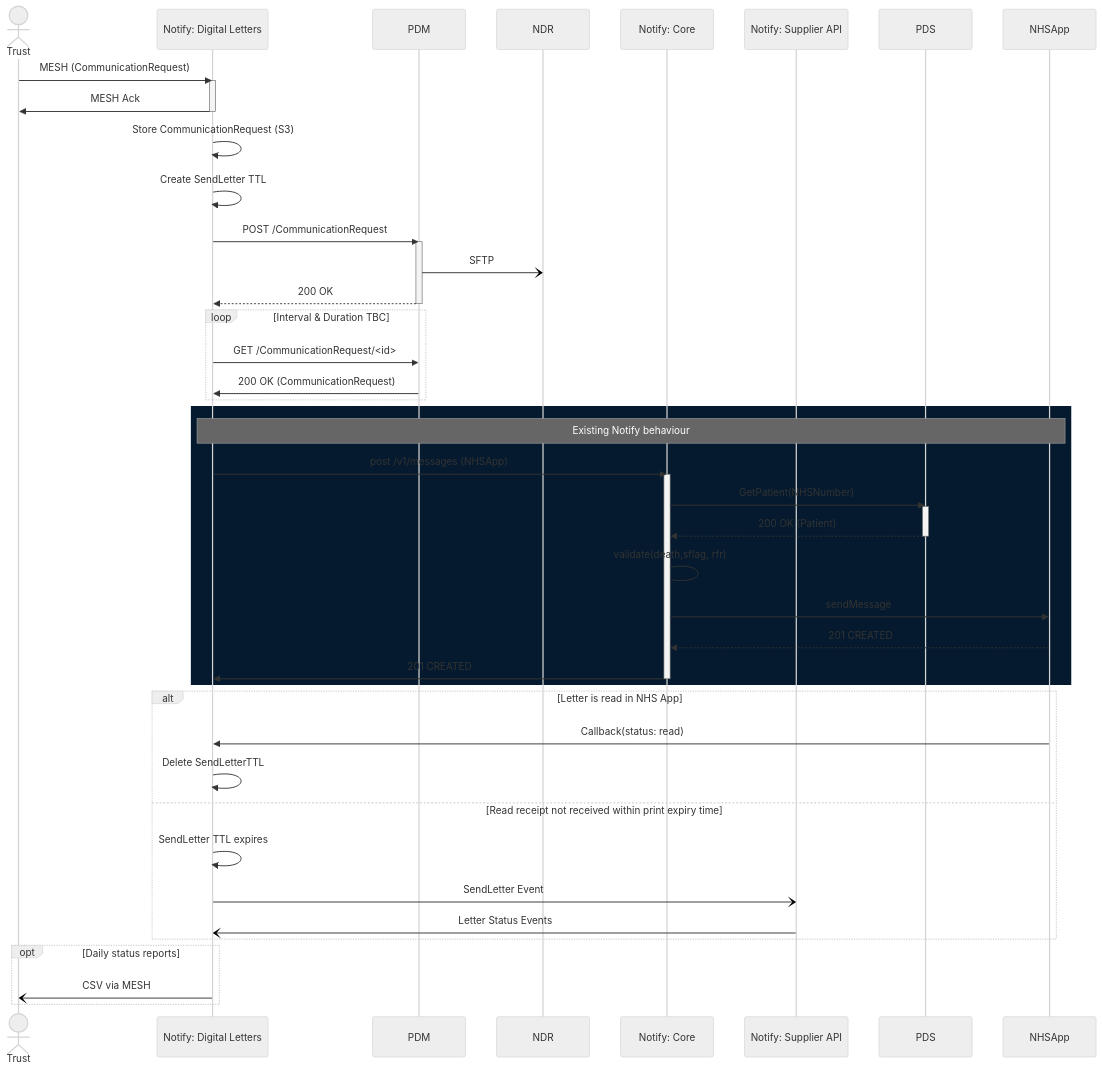
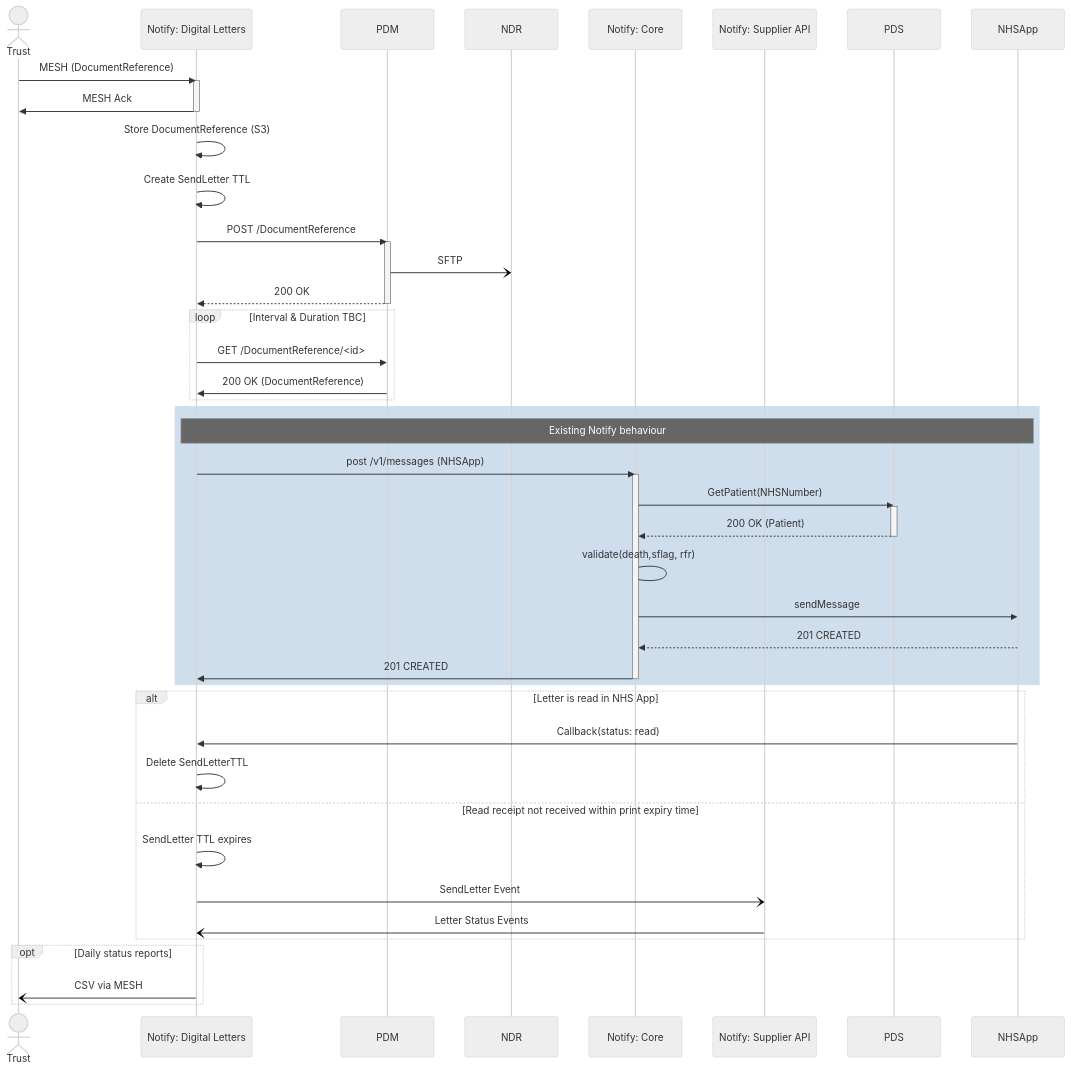
Before and after one commit to RossBugginsNHS/nhs-notify-digital-letters: the diagram in docs/diagrams/digital-letters-sequence.md, drawn with Mermaid (neutral theme). The commit also changed other lines of this file and 7 other files, not shown here.

First line of the commit message:
CCM-12605 pdm diagrams (#43)

````diff
--- a/docs/diagrams/digital-letters-sequence.md
+++ b/docs/diagrams/digital-letters-sequence.md
@@ -26,56 +26,56 @@
 ```mermaid
 
 sequenceDiagram
   actor trust as Trust
   participant notify-letters as Notify: Digital Letters
   participant pdm as PDM
   participant ndr as NDR
   participant notify-core as Notify: Core
   participant notify-supplier as Notify: Supplier API
   participant pds as PDS
   participant nhsapp as NHSApp
 
 
-  trust ->> notify-letters: MESH (CommunicationRequest)
+  trust ->> notify-letters: MESH (DocumentReference)
   activate notify-letters
       notify-letters ->> trust: MESH Ack
   deactivate notify-letters
-  notify-letters ->> notify-letters: Store CommunicationRequest (S3)
+  notify-letters ->> notify-letters: Store DocumentReference (S3)
   notify-letters ->> notify-letters: Create SendLetter TTL
-  notify-letters ->> pdm: POST /CommunicationRequest
+  notify-letters ->> pdm: POST /DocumentReference
   activate pdm
   pdm -) ndr: SFTP
   pdm -->> notify-letters: 200 OK
   deactivate pdm
   Loop Interval & Duration TBC
-    notify-letters ->> pdm: GET /CommunicationRequest/<id>
-    pdm ->> notify-letters: 200 OK (CommunicationRequest)
+    notify-letters ->> pdm: GET /DocumentReference/<id>
+    pdm ->> notify-letters: 200 OK (DocumentReference)
   end
-  rect rgba(5, 26, 46, 1)
+  rect rgba(92, 145, 196, 0.3)
     note over notify-letters,nhsapp: Existing Notify behaviour
     notify-letters ->> notify-core: post /v1/messages (NHSApp)
     activate notify-core
       notify-core ->> pds: GetPatient(NHSNumber)
       activate pds
         pds -->> notify-core: 200 OK (Patient)
       deactivate pds
       notify-core -> notify-core: validate(death,sflag, rfr)
       notify-core ->> nhsapp: sendMessage
       nhsapp -->> notify-core: 201 CREATED
       notify-core ->> notify-letters: 201 CREATED
     deactivate notify-core
   end
 
   alt Letter is read in NHS App
     nhsapp ->> notify-letters: Callback(status: read)
     notify-letters ->> notify-letters: Delete SendLetterTTL
   else Read receipt not received within print expiry time
     notify-letters ->> notify-letters: SendLetter TTL expires
     notify-letters -) notify-supplier: SendLetter Event
     notify-supplier -) notify-letters: Letter Status Events
   end
   opt Daily status reports
     notify-letters -) trust: CSV via MESH
   end
 
 ```
````
